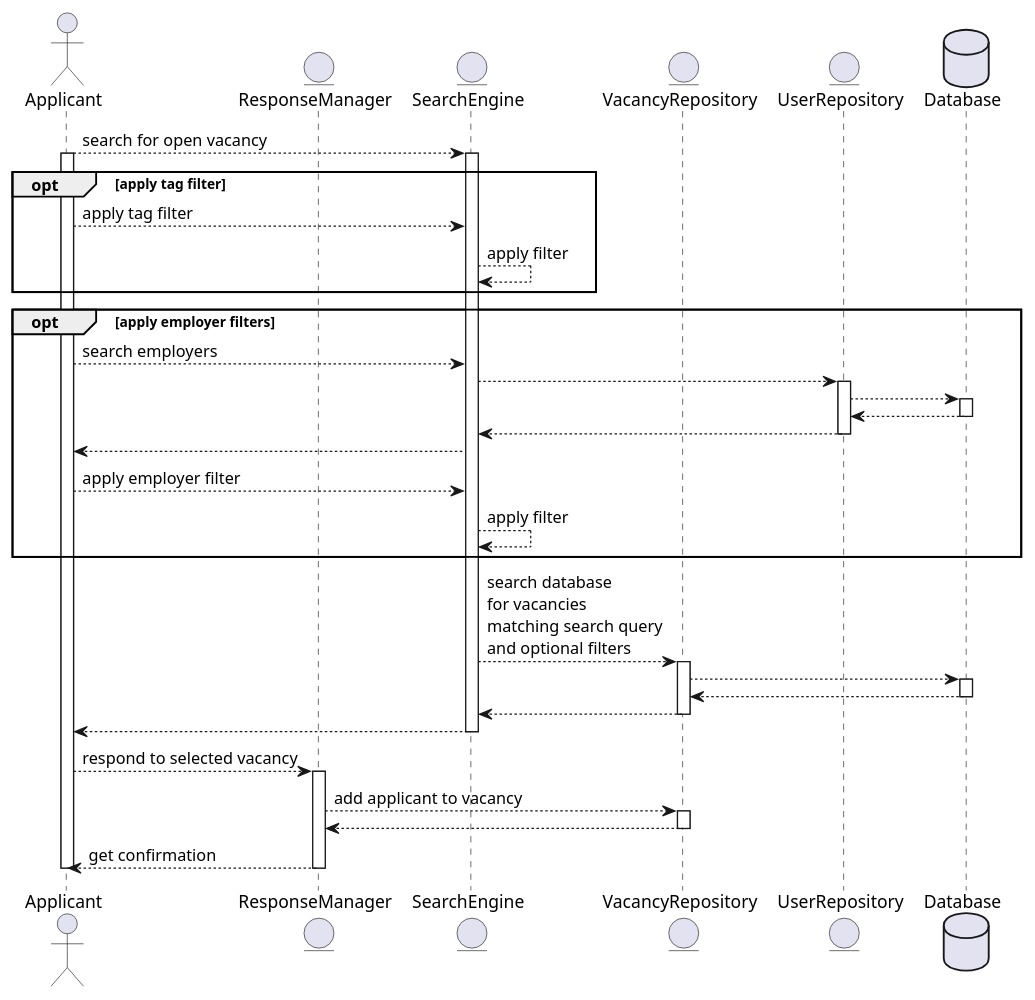
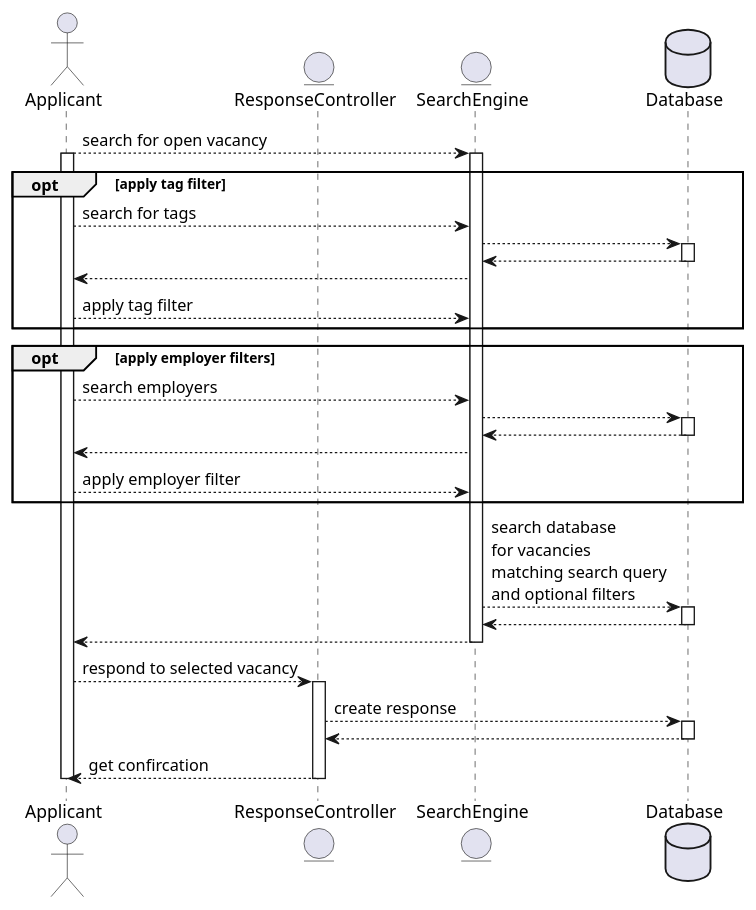
The diagram in uml/vacancy_search.plantuml (gmatiukhin/system-modeling), drawn with PlantUML before and after one commit. The commit also changed 3 other files, not shown here.

Commit message:
better class and sequence diagrams

```diff
--- a/uml/vacancy_search.plantuml
+++ b/uml/vacancy_search.plantuml
@@ -1,55 +1,46 @@
 @startuml
 actor     Applicant           as a
-entity    ResponseManager     as rm
+entity    ResponseController  as rc
 entity    SearchEngine        as se
-entity    VacancyRepository   as vr
-entity    UserRepository      as ur
 database  Database            as db
 
 a --> se : search for open vacancy
 activate a
-activate se
+  activate se
+    opt apply tag filter
+    a --> se : search for tags
+    se --> db
+    activate db
+      se <-- db
+    deactivate db
+    a <-- se
+    a --> se : apply tag filter
+    end
 
-opt apply tag filter
-a --> se : apply tag filter
-se --> se : apply filter
-end
+    opt apply employer filters
+    a --> se : search employers
+    se --> db
+    activate db
+      se <-- db
+    deactivate db
+    a <-- se
+    a --> se : apply employer filter
+    end
 
-opt apply employer filters
-a --> se : search employers
-se --> ur
-activate ur
-ur --> db
-activate db
-ur <-- db
-deactivate db
-se <-- ur
-deactivate ur
-a <-- se
-a --> se : apply employer filter
-se --> se : apply filter
-end
-
-se --> vr : search database\nfor vacancies\nmatching search query\nand optional filters
-activate vr
-vr --> db
-activate db
-vr <-- db
-deactivate db
-se <-- vr
-deactivate vr
-a <-- se
-deactivate se
-
-a --> rm : respond to selected vacancy
-activate rm
-
-rm --> vr : add applicant to vacancy
-activate vr
-rm <-- vr
-deactivate vr
-a <-- rm : get confirmation
-deactivate rm
+    se --> db : search database\nfor vacancies\nmatching search query\nand optional filters
+    activate db
+      se <-- db
+    deactivate db
+    a <-- se
+  deactivate se
+  a --> rc : respond to selected vacancy
+  activate rc
+    rc --> db : create response
+    activate db
+      rc <-- db
+    deactivate db
+    a <-- rc : get confircation
+  deactivate rc
 deactivate a
 
 @enduml
```
